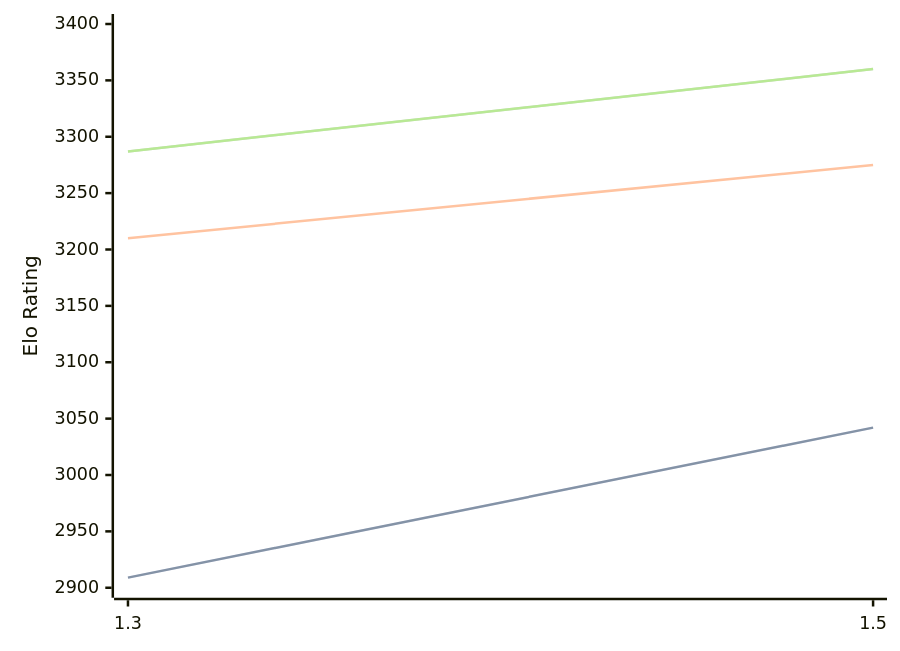
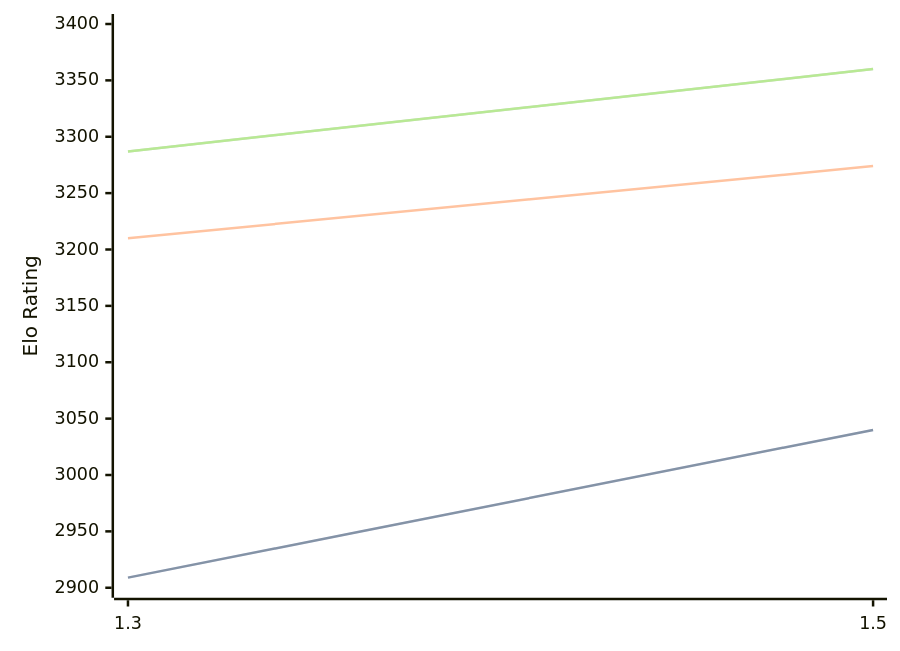
Before and after one commit to computer-chess-index/cci: the diagram in engines/Lambergar.md, drawn with Mermaid. The commit also changed other lines of this file, not shown here.

````diff
--- a/engines/Lambergar.md
+++ b/engines/Lambergar.md
@@ -32,11 +32,11 @@
 ```mermaid
 %%{init: {"theme":"base","themeVariables":{"seriesColors:['#a3a3a3','#222221','#faa371']}}}%%
 xychart-beta
   x-axis ["1.3", "1.5"]
   y-axis "Elo Rating" 2900 --> 3400
-  line "" [2909, 3042]
-  line "STC (8.0+0.08s)" [2909, 3042]
-  line "LTC (60.0+0.60s)" [3210, 3275]
+  line "" [2909, 3040]
+  line "STC (8.0+0.08s)" [2909, 3040]
+  line "LTC (60.0+0.60s)" [3210, 3274]
   line "" [3287, 3360]
   line "VLTC (2m24s+1.12s)" [3287, 3360]
 ```
````
